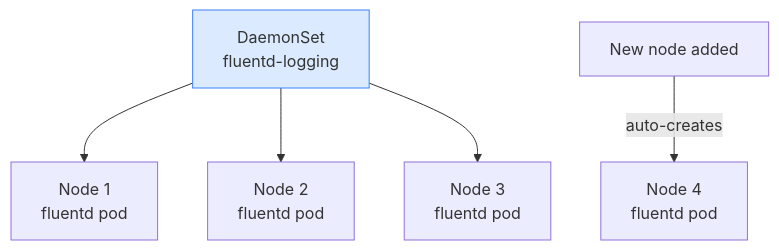
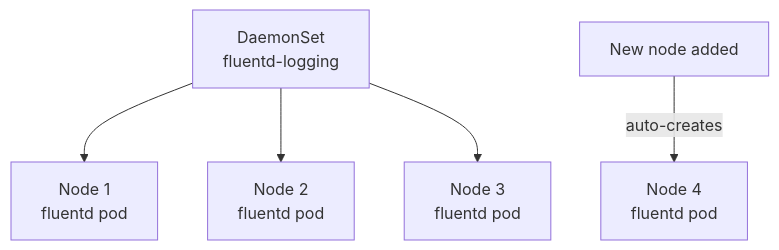
The diagram in content/cka/05-scheduling-where-pods-land/55-daemonsets/55-daemonsets.md (Gautam4424/k8slearn-content), drawn with Mermaid before and after one commit. The commit also changed 40 other files, not shown here.

Commit message:
chore: fix mermaid style regex

````diff
--- a/content/cka/05-scheduling-where-pods-land/55-daemonsets/55-daemonsets.md
+++ b/content/cka/05-scheduling-where-pods-land/55-daemonsets/55-daemonsets.md
@@ -21,9 +21,8 @@
 ```mermaid
 flowchart TD
     DS["DaemonSet\nfluentd-logging"]
     N1["Node 1\nfluentd pod"] & N2["Node 2\nfluentd pod"] & N3["Node 3\nfluentd pod"]
     DS --> N1 & N2 & N3
     NEW["New node added"]
     NEW -->|auto-creates| N4["Node 4\nfluentd pod"]
-    style DS fill:#dbeafe,stroke:#3b82f6
 ```
````
